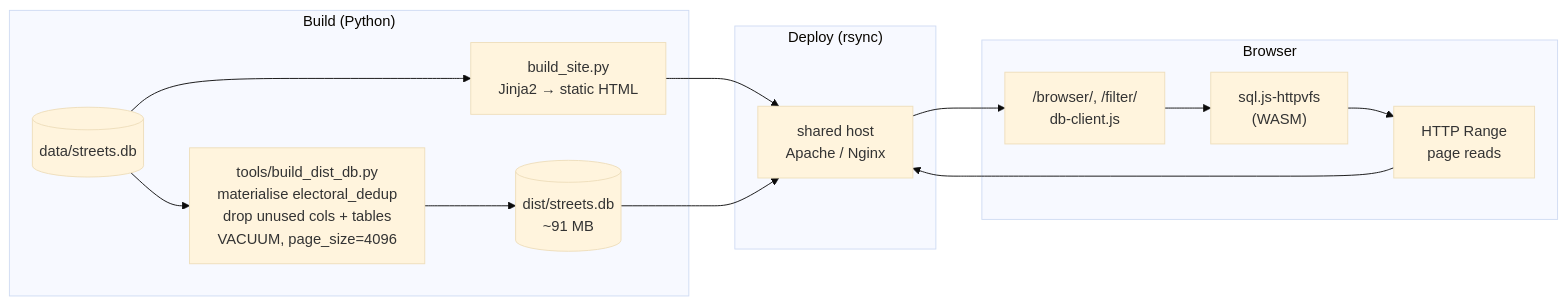
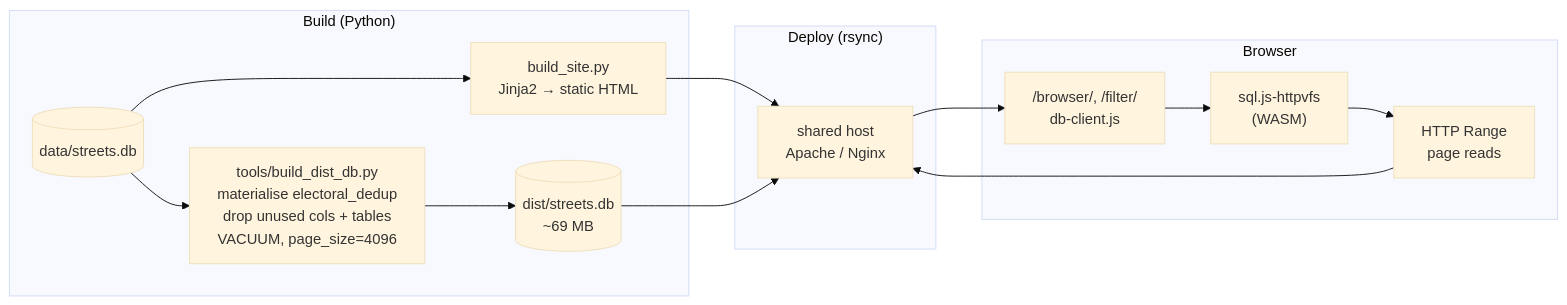
One commit to gov2-ro/nume-strazi changed the third of 5 diagrams in README.md. Above: the diagram before and after it, drawn with Mermaid (base theme). The commit also changed other lines of this file and 17 other files, not shown here.

````diff
--- a/README.md
+++ b/README.md
@@ -175,25 +186,25 @@
 ```mermaid
 flowchart LR
   subgraph build["Build (Python)"]
     DB[("data/streets.db")]
     SITE["build_site.py<br/>Jinja2 → static HTML"]
     SLIM["tools/build_dist_db.py<br/>materialise electoral_dedup<br/>drop unused cols + tables<br/>VACUUM, page_size=4096"]
-    DIST[("dist/streets.db<br/>~91 MB")]
+    DIST[("dist/streets.db<br/>~69 MB")]
   end
   subgraph dep["Deploy (rsync)"]
     HOST["shared host<br/>Apache / Nginx"]
   end
   subgraph runtime["Browser"]
     PAGE["/browser/, /filter/<br/>db-client.js"]
     WASM["sql.js-httpvfs<br/>(WASM)"]
     RANGE["HTTP Range<br/>page reads"]
   end
 
   DB --> SITE
   DB --> SLIM --> DIST
   SITE --> HOST
   DIST --> HOST
   HOST --> PAGE
   PAGE --> WASM
   WASM --> RANGE --> HOST
 ```
````
